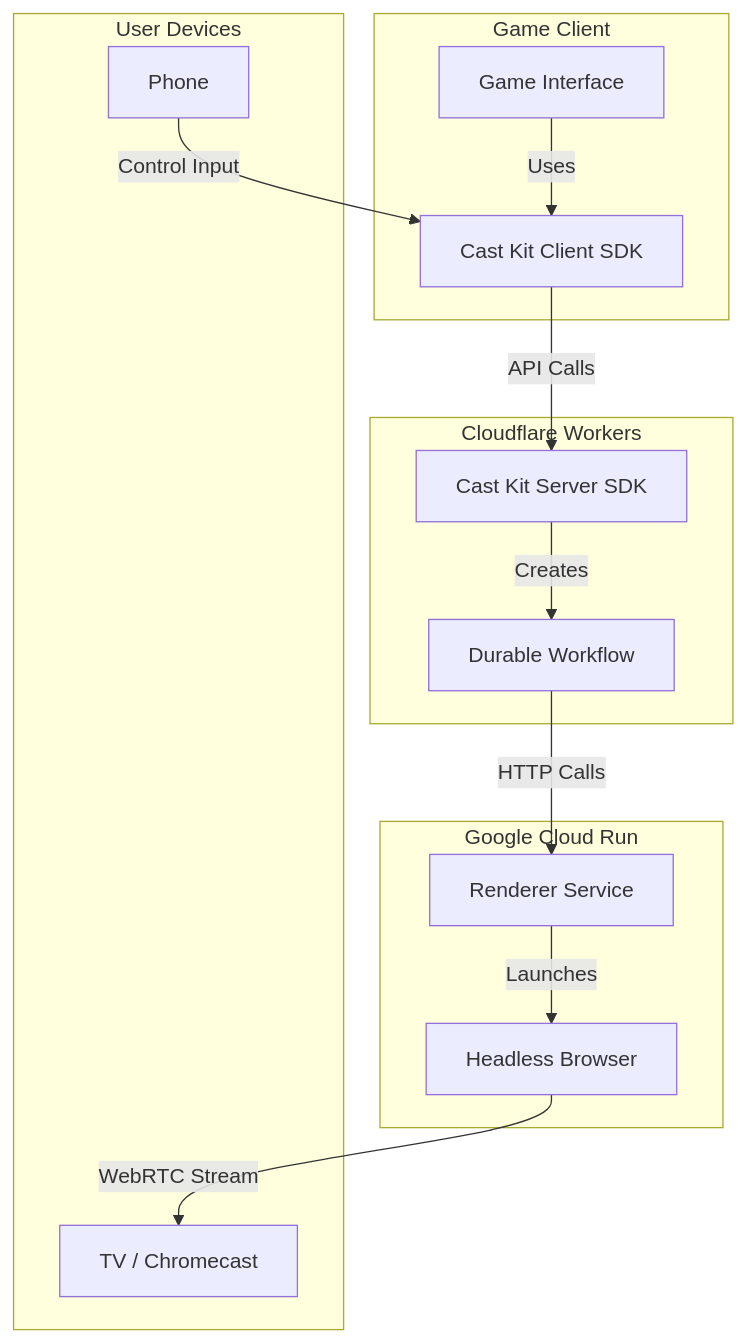
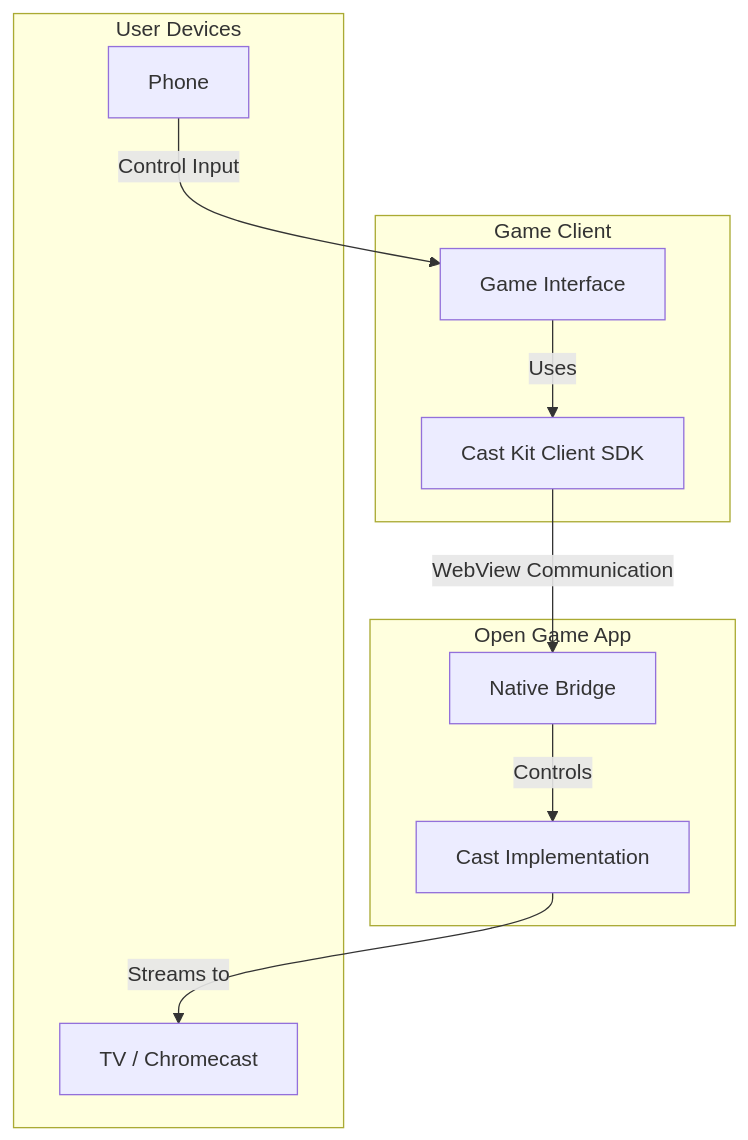
Before and after one commit to open-game-system/cast-kit: the diagram in README.md, drawn with Mermaid. The commit also changed other lines of this file and 30 other files, not shown here.

````diff
--- a/README.md
+++ b/README.md
@@ -28,30 +29,23 @@
 ```mermaid
 graph TD
     subgraph "Game Client"
         ClientSDK[Cast Kit Client SDK]
         GameUI[Game Interface]
     end
     
-    subgraph "Cloudflare Workers"
-        ServerSDK[Cast Kit Server SDK]
-        Workflow[Durable Workflow]
-    end
-    
-    subgraph "Google Cloud Run"
-        Renderer[Renderer Service]
-        Browser[Headless Browser]
+    subgraph "Open Game App"
+        NativeBridge[Native Bridge]
+        CastImplementation[Cast Implementation]
     end
     
     subgraph "User Devices"
         TV[TV / Chromecast]
         Phone[Phone]
     end
     
     GameUI -->|Uses| ClientSDK
-    ClientSDK -->|API Calls| ServerSDK
-    ServerSDK -->|Creates| Workflow
-    Workflow -->|HTTP Calls| Renderer
-    Renderer -->|Launches| Browser
-    Browser -->|WebRTC Stream| TV
-    Phone -->|Control Input| ClientSDK
+    ClientSDK -->|WebView Communication| NativeBridge
+    NativeBridge -->|Controls| CastImplementation
+    CastImplementation -->|Streams to| TV
+    Phone -->|Control Input| GameUI
 ```
````
